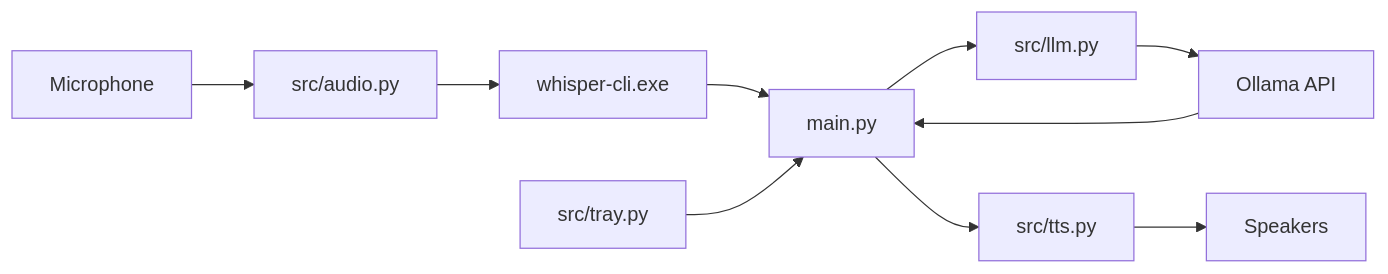
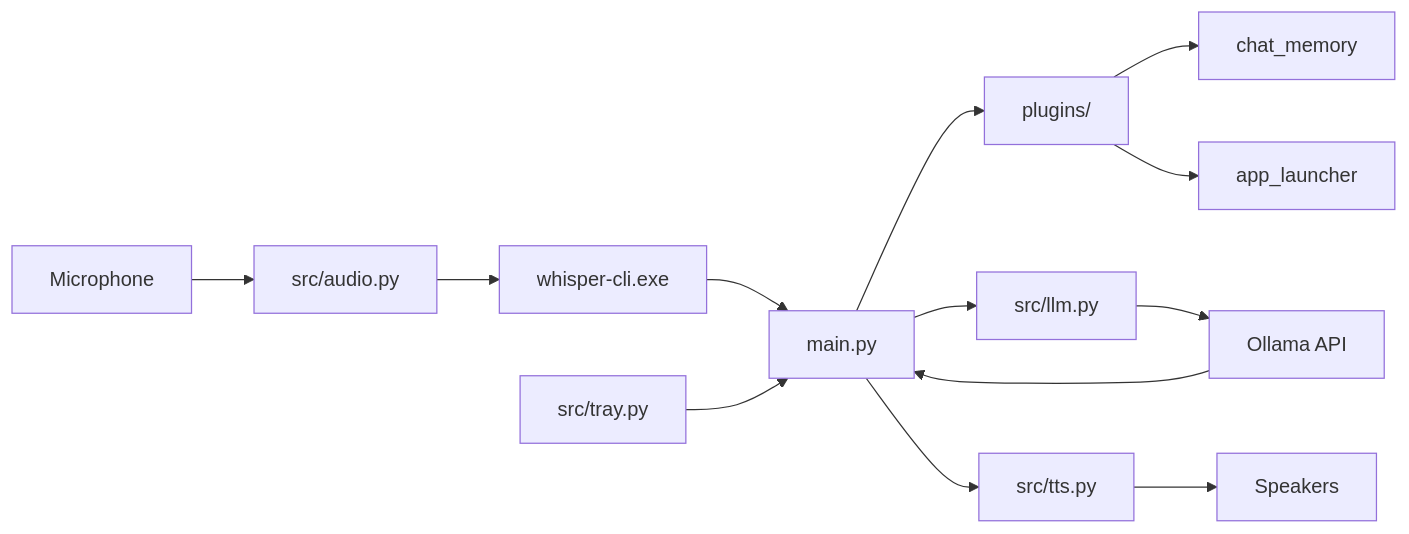
One commit to abhimkdm/Jarvis changed the diagram in README.md. Above: the diagram before and after it, drawn with Mermaid. The commit also changed other lines of this file and 9 other files, not shown here.

Commit message:
Added plugin for launcher memory and manual. Alo refactor folder structure with predefined commands

````diff
--- a/README.md
+++ b/README.md
@@ -16,12 +18,15 @@
 ```mermaid
 flowchart LR
     Mic[Microphone] --> Audio[src/audio.py]
     Audio --> Whisper[whisper-cli.exe]
     Whisper --> Main[main.py]
+    Main --> Plugins[plugins/]
+    Plugins --> Memory[chat_memory]
+    Plugins --> Launcher[app_launcher]
     Main --> LLM[src/llm.py]
     LLM --> Ollama[Ollama API]
     Ollama --> Main
     Main --> TTS[src/tts.py]
     TTS --> Speaker[Speakers]
     Tray[src/tray.py] --> Main
 ```
````
